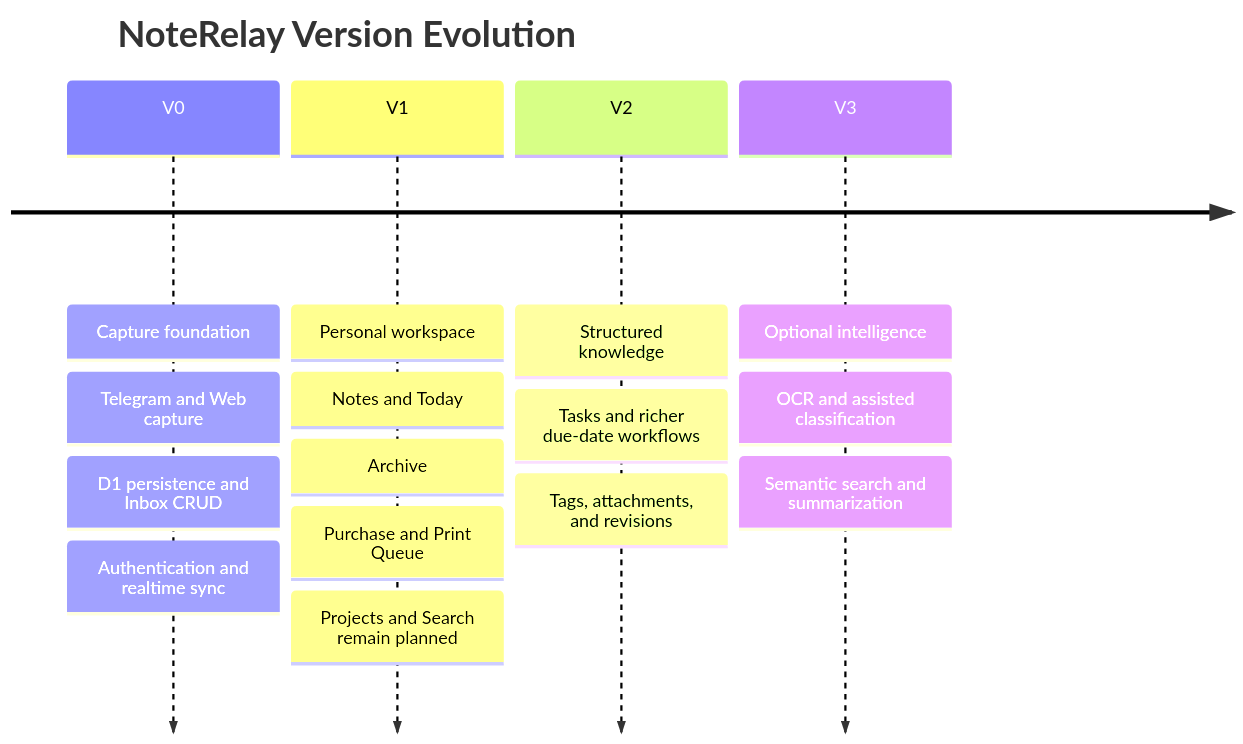
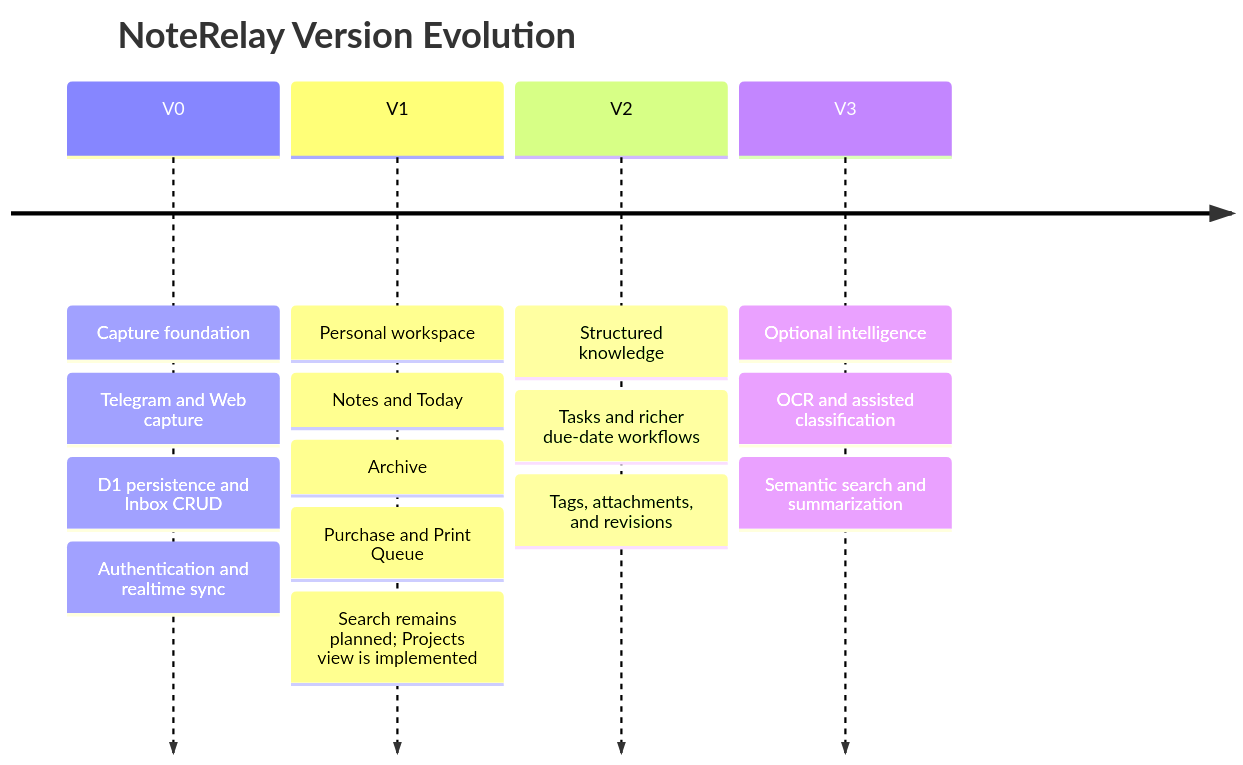
Before and after one commit to Transient-Onlooker/tg-note-agent-web: the first of 11 diagrams in docs/DEVELOPMENT_FLOW.md, drawn with Mermaid. The commit also changed other lines of this file, not shown here.

````diff
--- a/docs/DEVELOPMENT_FLOW.md
+++ b/docs/DEVELOPMENT_FLOW.md
@@ -14,19 +15,19 @@
 ```mermaid
 timeline
     title NoteRelay Version Evolution
     V0 : Capture foundation
        : Telegram and Web capture
        : D1 persistence and Inbox CRUD
        : Authentication and realtime sync
     V1 : Personal workspace
        : Notes and Today
        : Archive
        : Purchase and Print Queue
-       : Projects and Search remain planned
+       : Search remains planned; Projects view is implemented
     V2 : Structured knowledge
        : Tasks and richer due-date workflows
        : Tags, attachments, and revisions
     V3 : Optional intelligence
        : OCR and assisted classification
        : Semantic search and summarization
 ```
````
